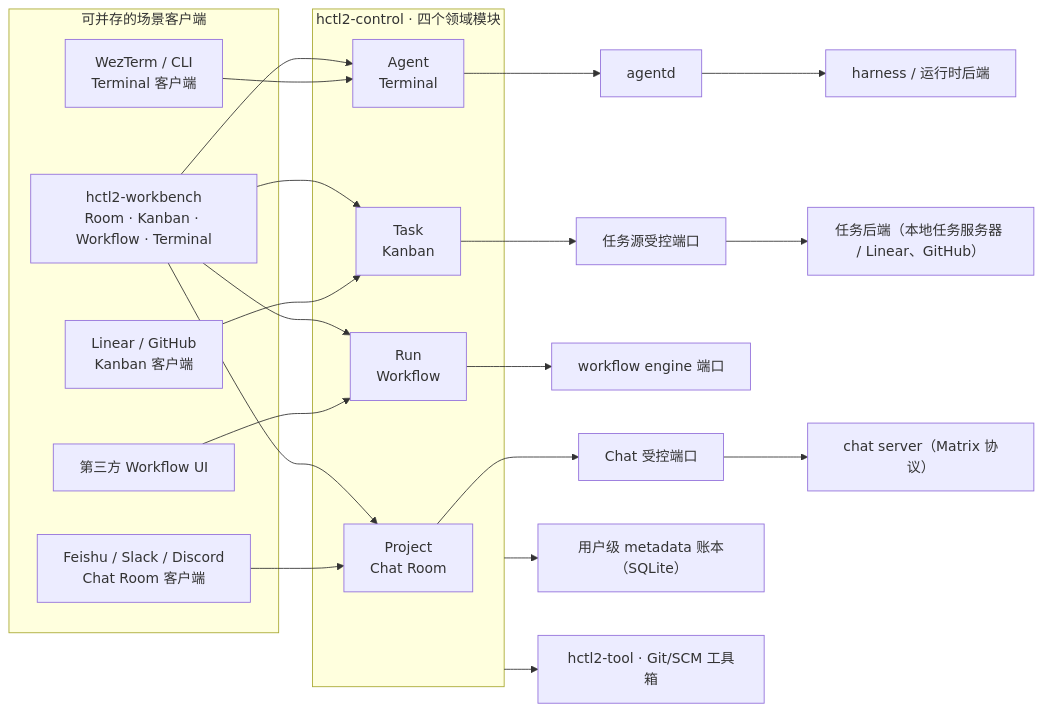
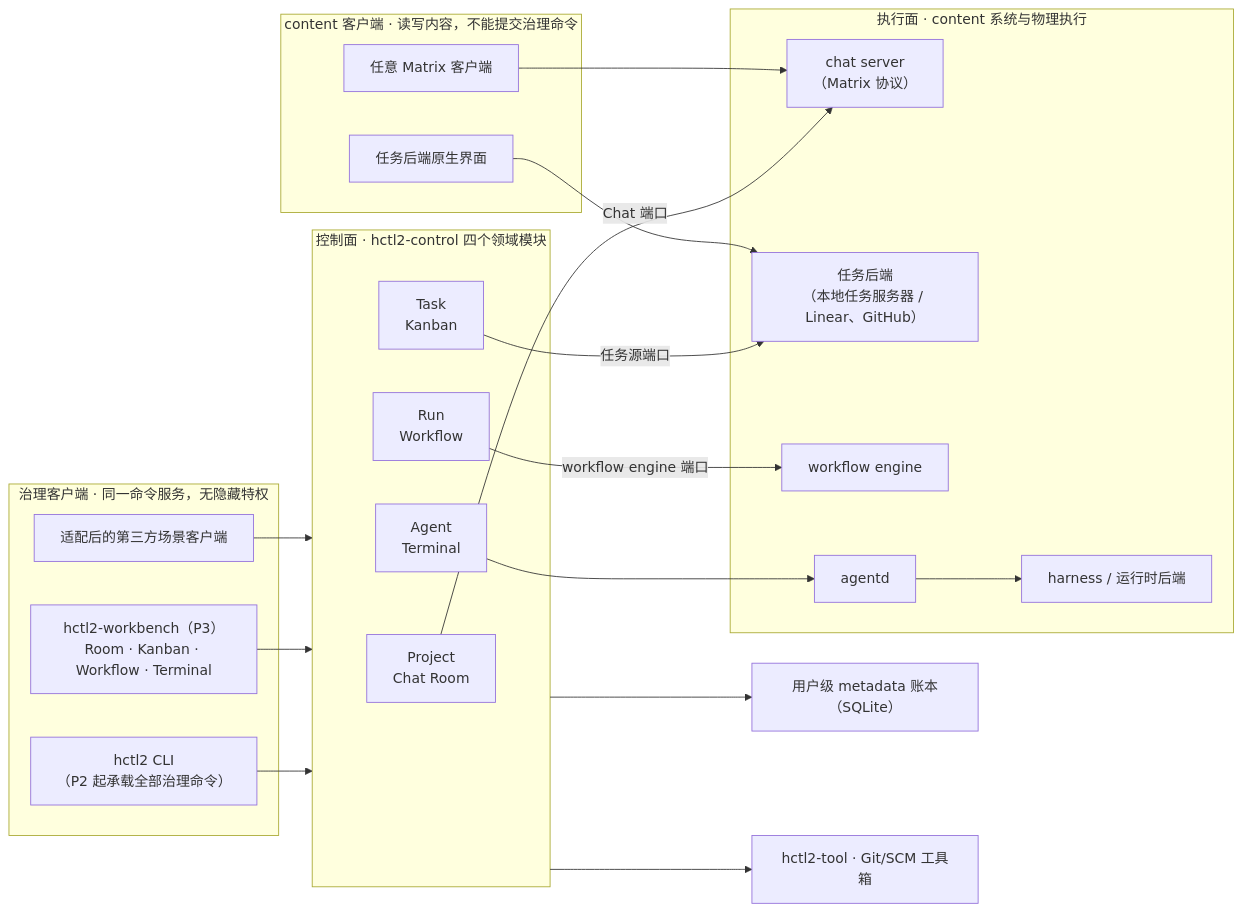
The second of 2 diagrams in README.md (yesme/hctl2), drawn with Mermaid before and after one commit. The commit also changed other lines of this file and 5 other files, not shown here.

First line of the commit message:
docs: separate content clients from governance clients; state P2 CLI-first operating mode

````diff
--- a/README.md
+++ b/README.md
@@ -98,37 +98,41 @@
 ```mermaid
 flowchart LR
-    subgraph Clients["可并存的场景客户端"]
-        Bench["hctl2-workbench\nRoom · Kanban · Workflow · Terminal"]
-        chat_client["Feishu / Slack / Discord\nChat Room 客户端"]
-        task_client["Linear / GitHub\nKanban 客户端"]
-        workflow_client["第三方 Workflow UI"]
-        terminal_client["WezTerm / CLI\nTerminal 客户端"]
+    subgraph Gov["治理客户端 · 同一命令服务，无隐藏特权"]
+        CLI["hctl2 CLI\n（P2 起承载全部治理命令）"]
+        Bench["hctl2-workbench（P3）\nRoom · Kanban · Workflow · Terminal"]
+        Third["适配后的第三方场景客户端"]
     end
 
-    subgraph Control["hctl2-control · 四个领域模块"]
+    subgraph Control["控制面 · hctl2-control 四个领域模块"]
         P["Project\nChat Room"]
         T["Task\nKanban"]
         R["Run\nWorkflow"]
         H["Agent\nTerminal"]
     end
 
-    Bench --> P
-    Bench --> T
-    Bench --> R
-    Bench --> H
-    chat_client --> P
-    task_client --> T
-    workflow_client --> R
-    terminal_client --> H
+    subgraph Exec["执行面 · content 系统与物理执行"]
+        chat_srv["chat server\n（Matrix 协议）"]
+        task_backend["任务后端\n（本地任务服务器 / Linear、GitHub）"]
+        engine["workflow engine"]
+        agentd["agentd"]
+        runtime["harness / 运行时后端"]
+    end
 
-    P --> chat_port["Chat 受控端口"]
-    chat_port --> chat_srv["chat server（Matrix 协议）"]
-    T --> task_source["任务源受控端口"]
-    task_source --> task_backend["任务后端（本地任务服务器 / Linear、GitHub）"]
-    R --> Engine["workflow engine 端口"]
-    H --> Agentd["agentd"]
-    Agentd --> Runtime["harness / 运行时后端"]
+    subgraph ContentClients["content 客户端 · 读写内容，不能提交治理命令"]
+        matrix_client["任意 Matrix 客户端"]
+        task_ui["任务后端原生界面"]
+    end
 
+    CLI --> Control
+    Bench --> Control
+    Third --> Control
+    P -->|Chat 端口| chat_srv
+    T -->|任务源端口| task_backend
+    R -->|workflow engine 端口| engine
+    H --> agentd
+    agentd --> runtime
+    matrix_client --> chat_srv
+    task_ui --> task_backend
     Control --> DB["用户级 metadata 账本（SQLite）"]
     Control --> Tool["hctl2-tool · Git/SCM 工具箱"]
 ```
````
